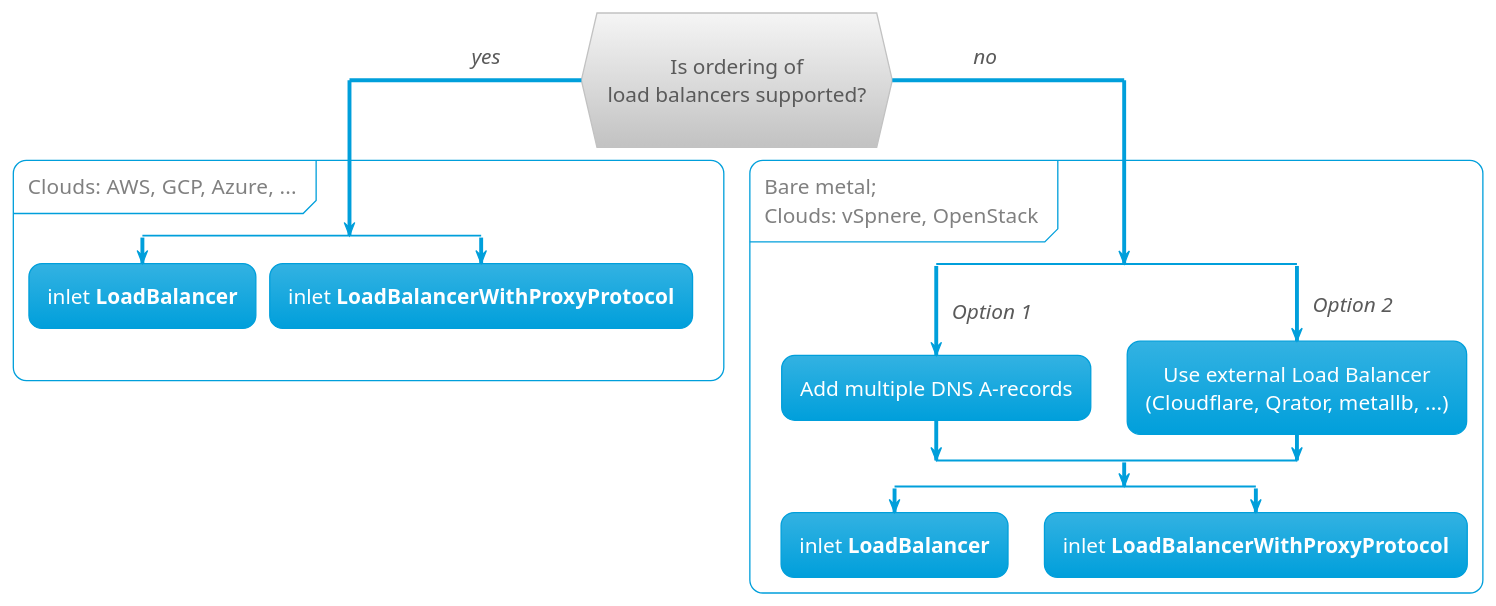
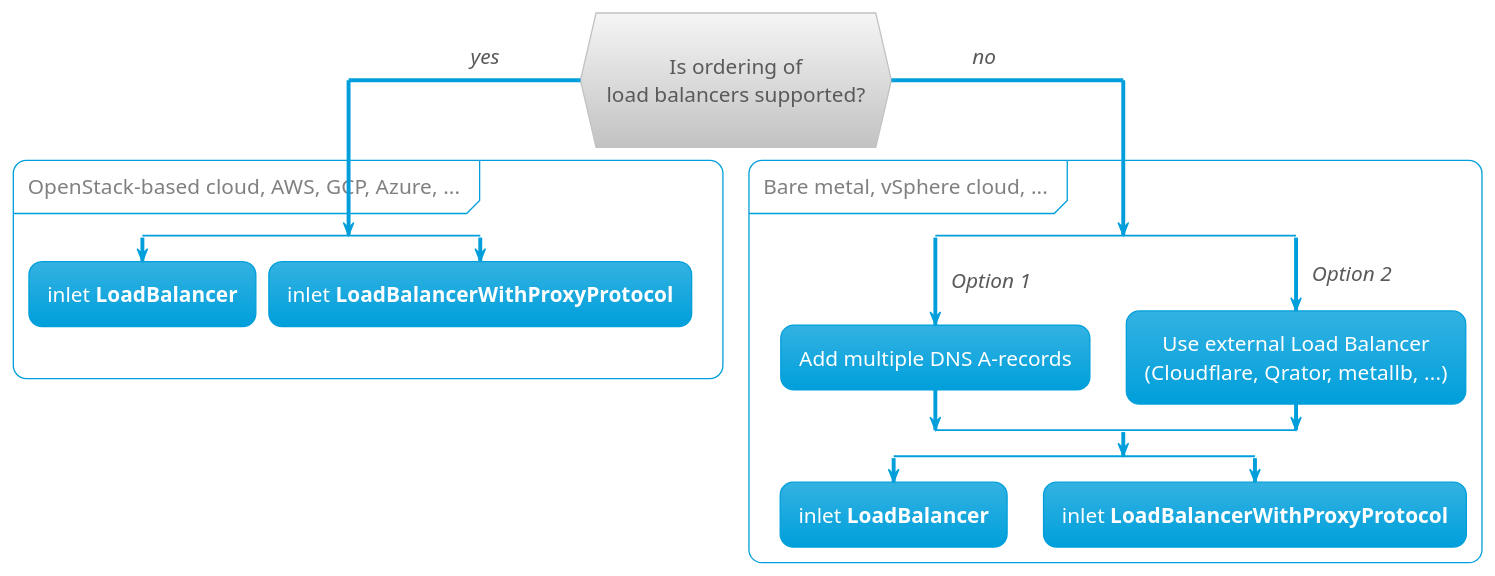
The diagram in docs/site/pages/guides/ingress-inlet.puml (deckhouse/deckhouse), drawn with PlantUML before and after one commit. The commit also changed 5 other files, not shown here.

```diff
--- a/docs/site/pages/guides/ingress-inlet.puml
+++ b/docs/site/pages/guides/ingress-inlet.puml
@@ -1,40 +1,40 @@
 @startuml
 
 !theme bluegray
 skinparam DefaultFontSize 16
 skinparam handwritten false
 skinparam ArrowFontStyle italic
 skinparam DefaultTextAlignment center
 skinparam PartitionFontColor grey
 skinparam backgroundColor transparent
 
 if (\nIs ordering of\nload balancers supported?\n) then (yes             )
-partition Clouds: AWS, GCP, Azure, ... {
+partition OpenStack-based cloud, AWS, GCP, Azure, ... {
   split
     :inlet **LoadBalancer**;
      kill
   split again
     :inlet **LoadBalancerWithProxyProtocol**;
     kill
   end split
   }
 else (             no)
-partition Bare metal;\nClouds: vSpnere, OpenStack {
+partition Bare metal, vSphere cloud, ... {
   split
     ->Option 1;
     :Add multiple DNS A-records;
   split again
     ->Option 2;
     :Use external Load Balancer
     (Cloudflare, Qrator, metallb, ...);
   end split
   split
      :inlet **LoadBalancer**;
      kill
   split again
     :inlet **LoadBalancerWithProxyProtocol**;
     kill
   end split
   }
 endif
 @enduml
```
